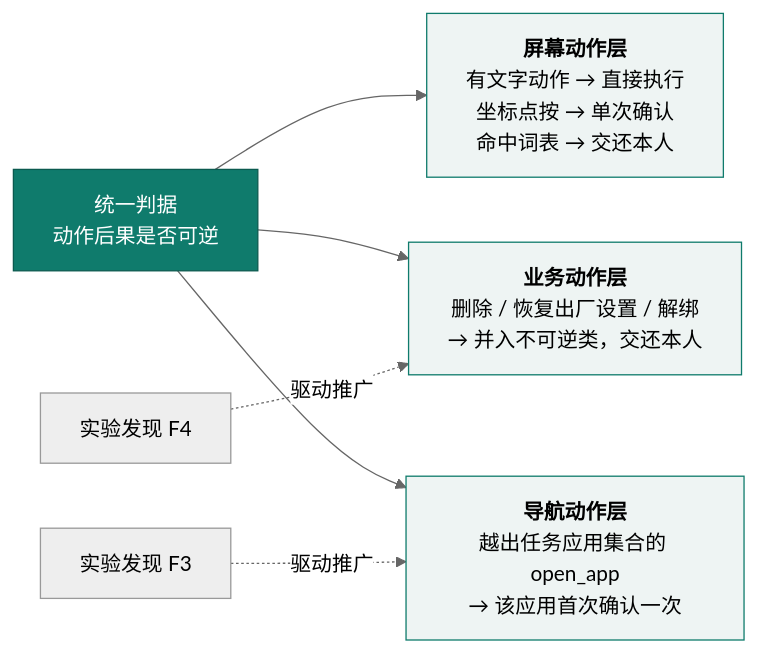
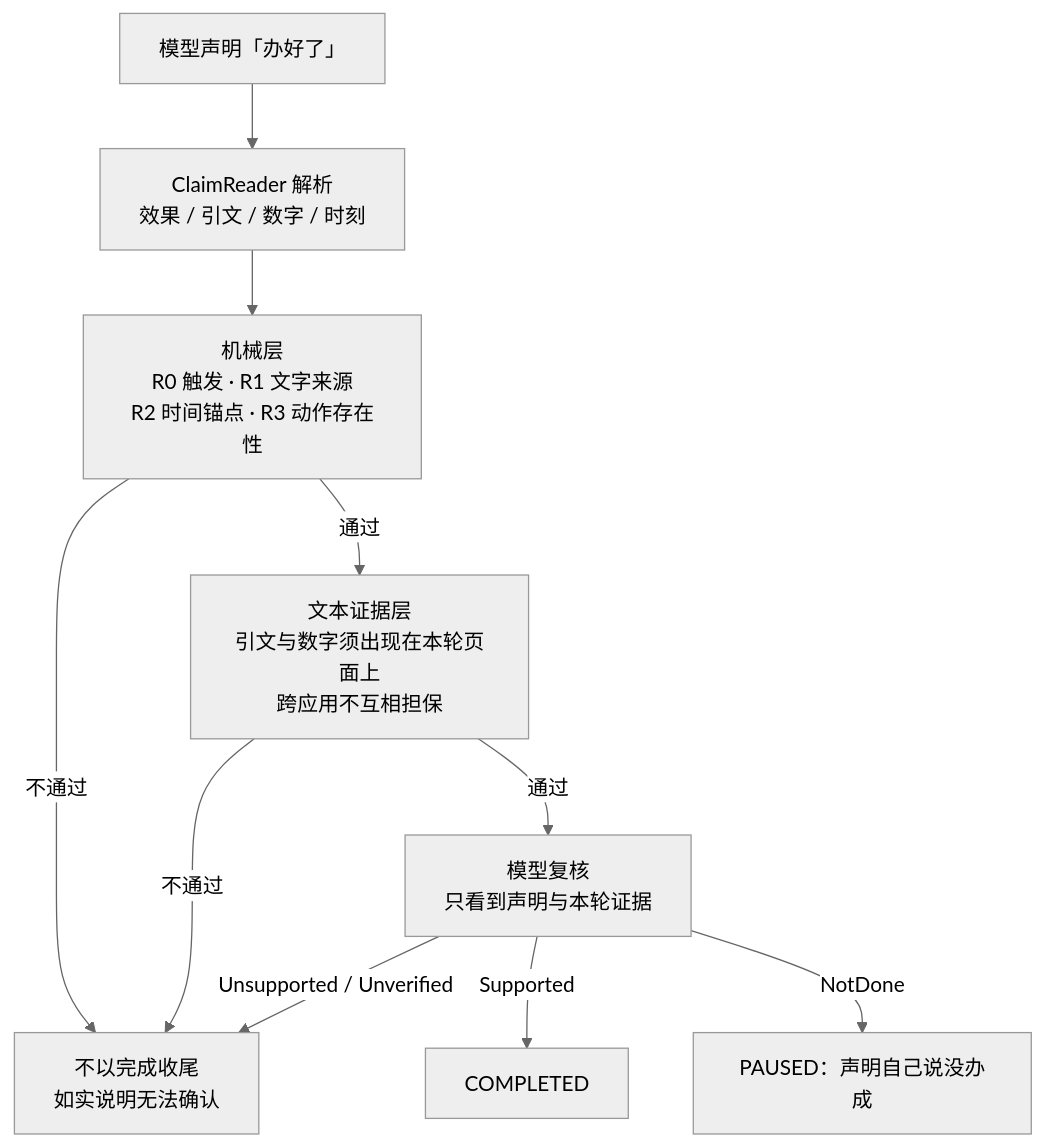
Before and after one commit to lhxll07/elder-harness: the diagram in docs/aic-2026/figures/fig4.mmd, drawn with Mermaid. The commit also changed 73 other files, not shown here.

```diff
--- a/docs/aic-2026/figures/fig4.mmd
+++ b/docs/aic-2026/figures/fig4.mmd
@@ -1,12 +1,11 @@
 %%{init: {"theme":"neutral","themeVariables":{"fontFamily":"Noto Sans CJK SC, sans-serif","fontSize":"16px"}}}%%
-flowchart LR
-  C["统一判据<br/>动作后果是否可逆"]
-  C --> L1["<b>屏幕动作层</b><br/>有文字动作 → 直接执行<br/>坐标点按 → 单次确认<br/>命中词表 → 交还本人"]
-  C --> L2["<b>业务动作层</b><br/>删除 / 恢复出厂设置 / 解绑<br/>→ 并入不可逆类，交还本人"]
-  C --> L3["<b>导航动作层</b><br/>越出任务应用集合的 open_app<br/>→ 该应用首次确认一次"]
-  F4["实验发现 F4"] -.->|驱动推广| L2
-  F3["实验发现 F3"] -.->|驱动推广| L3
-  classDef core fill:#0f7b6c,color:#fff,stroke:#0b5a4f
-  classDef ext fill:#eef4f3,stroke:#0f7b6c
-  class C core
-  class L1,L2,L3 ext
+flowchart TD
+  S[模型声明「办好了」] --> P[ClaimReader 解析<br/>效果 / 引文 / 数字 / 时刻]
+  P --> M[机械层<br/>R0 触发 · R1 文字来源<br/>R2 时间锚点 · R3 动作存在性]
+  M -->|不通过| U1[不以完成收尾<br/>如实说明无法确认]
+  M -->|通过| V[文本证据层<br/>引文与数字须出现在本轮页面上<br/>跨应用不互相担保]
+  V -->|不通过| U1
+  V -->|通过| W[模型复核<br/>只看到声明与本轮证据]
+  W -->|Supported| D[COMPLETED]
+  W -->|NotDone| U2[PAUSED：声明自己说没办成]
+  W -->|Unsupported / Unverified| U1
```
